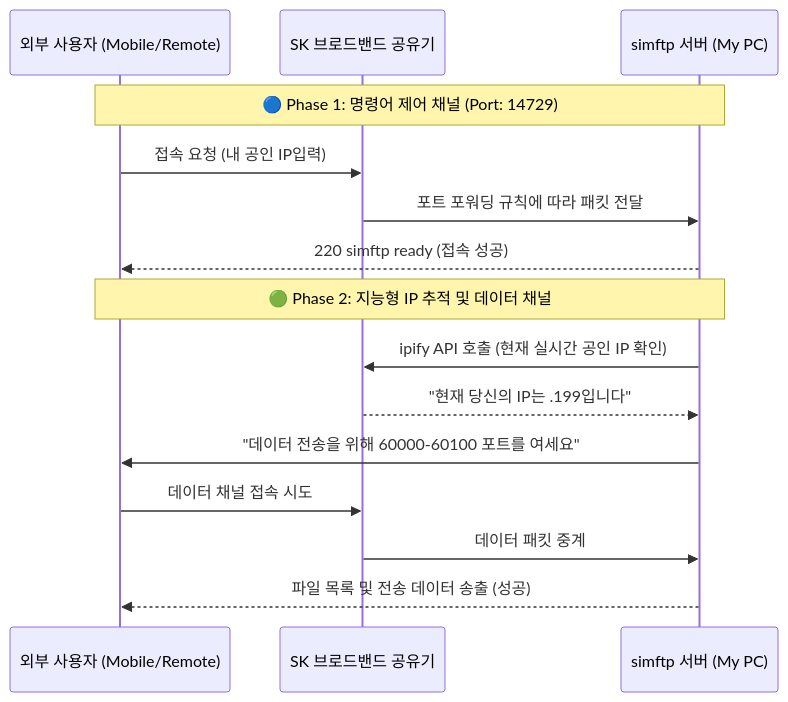
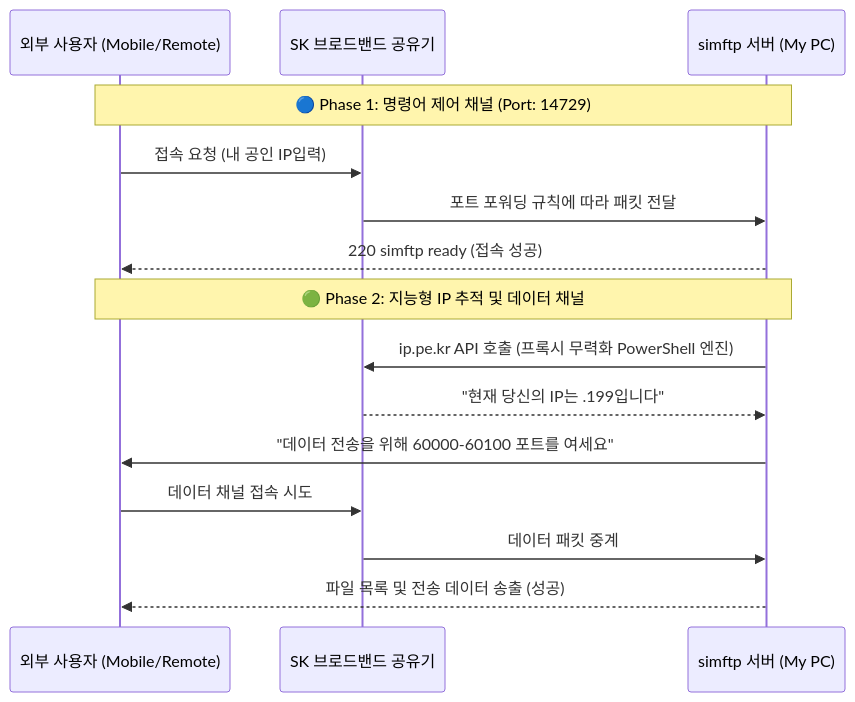
One commit to hslcrb/simftp changed the second of 2 diagrams in README.md. Above: the diagram before and after it, drawn with Mermaid. The commit also changed other lines of this file, not shown here.

````diff
--- a/README.md
+++ b/README.md
@@ -50,19 +50,19 @@
 ```mermaid
 sequenceDiagram
     participant Client as 외부 사용자 (Mobile/Remote)
     participant SK_Router as SK 브로드밴드 공유기
     participant simftp as simftp 서버 (My PC)
 
     Note over Client, simftp: 🔵 Phase 1: 명령어 제어 채널 (Port: 14729)
     Client->>SK_Router: 접속 요청 (내 공인 IP입력)
     SK_Router->>simftp: 포트 포워딩 규칙에 따라 패킷 전달
     simftp-->>Client: 220 simftp ready (접속 성공)
 
     Note over Client, simftp: 🟢 Phase 2: 지능형 IP 추적 및 데이터 채널
-    simftp->>SK_Router: ipify API 호출 (현재 실시간 공인 IP 확인)
+    simftp->>SK_Router: ip.pe.kr API 호출 (프록시 무력화 PowerShell 엔진)
     SK_Router-->>simftp: "현재 당신의 IP는 .199입니다"
     simftp->>Client: "데이터 전송을 위해 60000-60100 포트를 여세요"
     Client->>SK_Router: 데이터 채널 접속 시도
     SK_Router->>simftp: 데이터 패킷 중계
     simftp-->>Client: 파일 목록 및 전송 데이터 송출 (성공)
 ```
````
